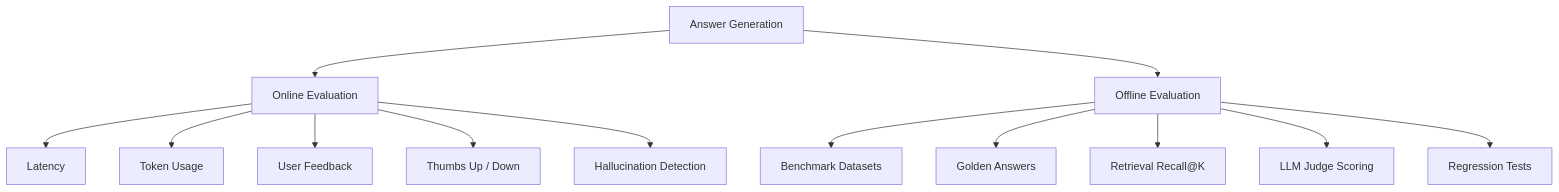
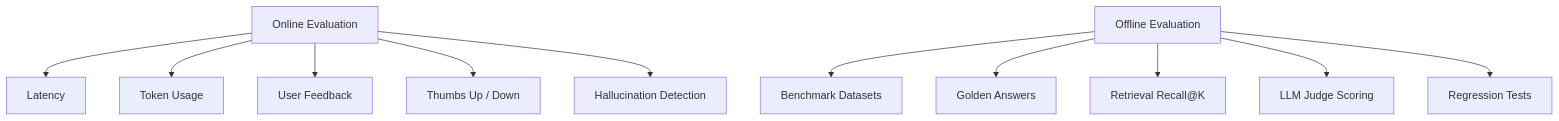
One commit to taixingbi/chat-bot-docs changed the second of 2 diagrams in README.md. Above: the diagram before and after it, drawn with Mermaid.

Commit message:
Update flowchart in README.md
Removed connections from Answer Generation to evaluations in flowchart.

````diff
--- a/README.md
+++ b/README.md
@@ -26,21 +26,19 @@
 ```mermaid
 flowchart TD
 
-A[Answer Generation]
-
-A --> B[Online Evaluation]
-A --> C[Offline Evaluation]
+B[Online Evaluation]
+C[Offline Evaluation]
 
 B --> B1[Latency]
 B --> B2[Token Usage]
 B --> B3[User Feedback]
 B --> B4[Thumbs Up / Down]
 B --> B5[Hallucination Detection]
 
 C --> C1[Benchmark Datasets]
 C --> C2[Golden Answers]
 C --> C3[Retrieval Recall@K]
 C --> C4[LLM Judge Scoring]
 C --> C5[Regression Tests]
 
 ```
````
